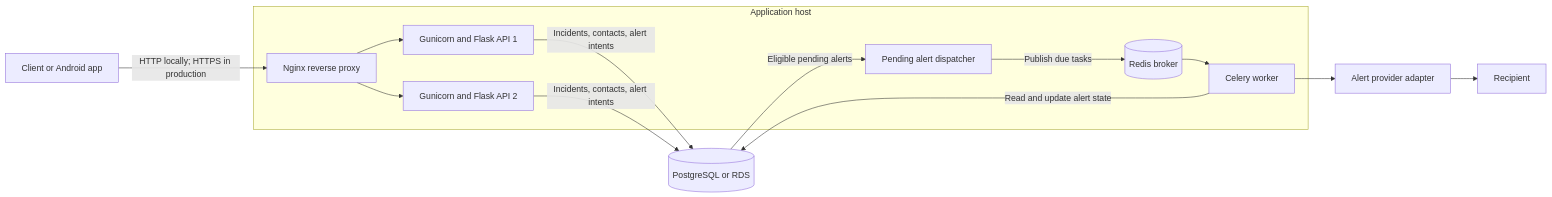
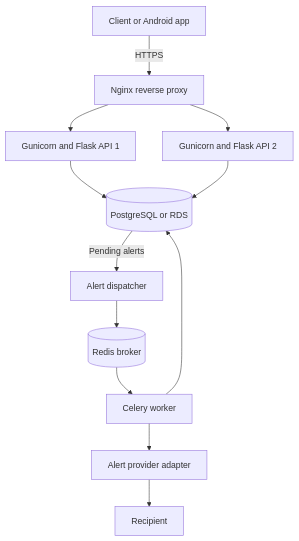
Before and after one commit to Pavanid2325/aishieldforher: the diagram in README.md, drawn with Mermaid.

Commit message:
Use GitHub compatible Mermaid syntax

````diff
--- a/README.md
+++ b/README.md
@@ -18,18 +18,14 @@
 ```mermaid
-flowchart LR
-    Client["Client or Android app"] -->|"HTTP locally; HTTPS in production"| Proxy["Nginx reverse proxy"]
-
-    subgraph Host["Application host"]
-        Proxy --> API1["Gunicorn and Flask API 1"]
-        Proxy --> API2["Gunicorn and Flask API 2"]
-        Dispatcher["Pending alert dispatcher"] -->|"Publish due tasks"| Redis[(Redis broker)]
-        Redis --> Worker["Celery worker"]
-    end
-
-    API1 -->|"Incidents, contacts, alert intents"| DB[(PostgreSQL or RDS)]
-    API2 -->|"Incidents, contacts, alert intents"| DB
-    DB -->|"Eligible pending alerts"| Dispatcher
-    Worker -->|"Read and update alert state"| DB
+flowchart TD
+    Client["Client or Android app"] -->|HTTPS| Proxy["Nginx reverse proxy"]
+    Proxy --> API1["Gunicorn and Flask API 1"]
+    Proxy --> API2["Gunicorn and Flask API 2"]
+    API1 --> DB[(PostgreSQL or RDS)]
+    API2 --> DB
+    DB -->|Pending alerts| Dispatcher["Alert dispatcher"]
+    Dispatcher --> Redis[(Redis broker)]
+    Redis --> Worker["Celery worker"]
+    Worker --> DB
     Worker --> Provider["Alert provider adapter"]
     Provider --> Recipient["Recipient"]
 ```
````
